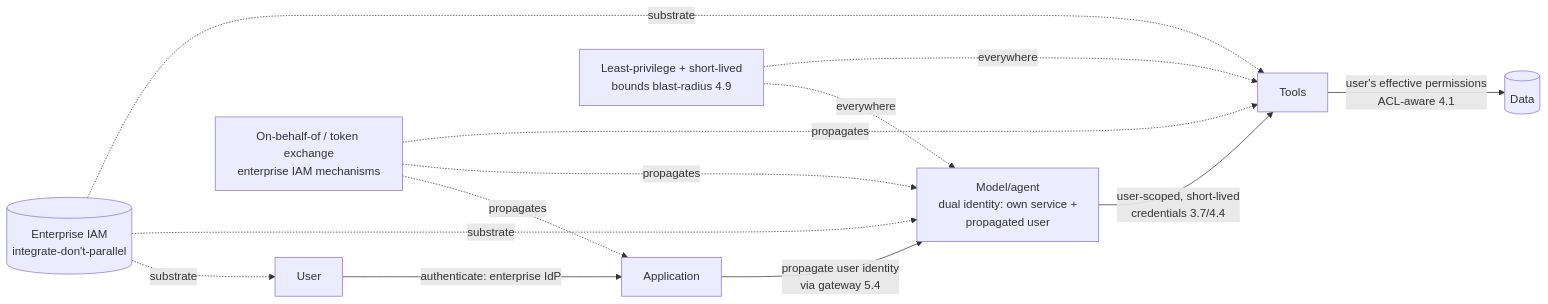
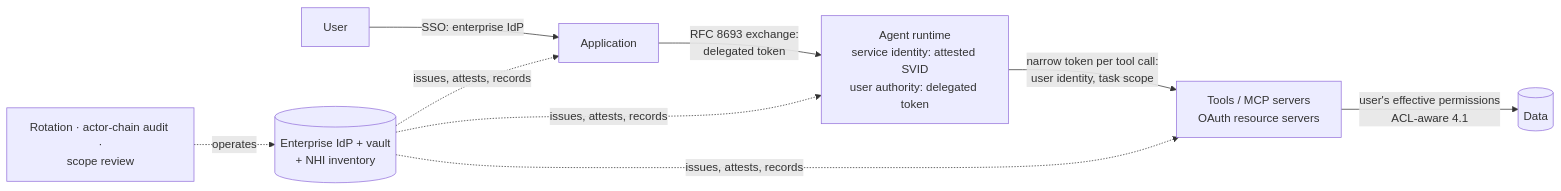
One commit to sivakrushna-works/GSAC changed the second of 2 diagrams in curriculum/part-6-enterprise-architecture/chapter-06-iam-for-ai.md. Above: the diagram before and after it, drawn with Mermaid. The commit also changed other lines of this file and 10 other files, not shown here.

````diff
--- a/curriculum/part-6-enterprise-architecture/chapter-06-iam-for-ai.md
+++ b/curriculum/part-6-enterprise-architecture/chapter-06-iam-for-ai.md
@@ -100,10 +90,9 @@
 ```mermaid
 flowchart LR
-    USER[User] -->|authenticate: enterprise IdP| APP[Application]
-    APP -->|propagate user identity<br/>via gateway 5.4| MODEL[Model/agent<br/>dual identity: own service +<br/>propagated user]
-    MODEL -->|user-scoped, short-lived<br/>credentials 3.7/4.4| TOOLS[Tools]
+    USER[User] -->|SSO: enterprise IdP| APP[Application]
+    APP -->|RFC 8693 exchange:<br/>delegated token| AG[Agent runtime<br/>service identity: attested SVID<br/>user authority: delegated token]
+    AG -->|narrow token per tool call:<br/>user identity, task scope| TOOLS[Tools / MCP servers<br/>OAuth resource servers]
     TOOLS -->|user's effective permissions<br/>ACL-aware 4.1| DATA[(Data)]
-    ONBEHALF[On-behalf-of / token exchange<br/>enterprise IAM mechanisms] -.propagates.-> APP & MODEL & TOOLS
-    LEASTPRIV[Least-privilege + short-lived<br/>bounds blast-radius 4.9] -.everywhere.-> MODEL & TOOLS
-    ENTIAM[(Enterprise IAM<br/>integrate-don't-parallel)] -.substrate.-> USER & MODEL & TOOLS
+    IDP[(Enterprise IdP + vault<br/>+ NHI inventory)] -.issues, attests, records.-> APP & AG & TOOLS
+    OPS[Rotation · actor-chain audit ·<br/>scope review] -.operates.-> IDP
 ```
````
